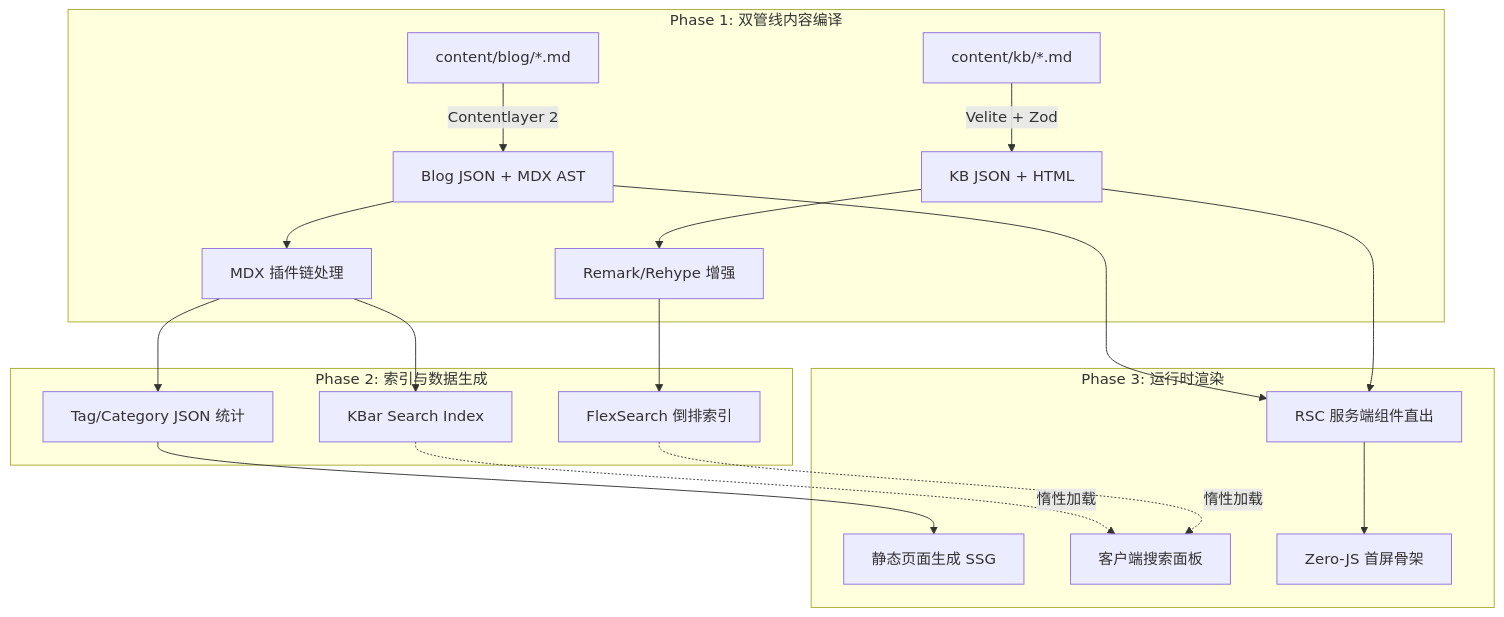
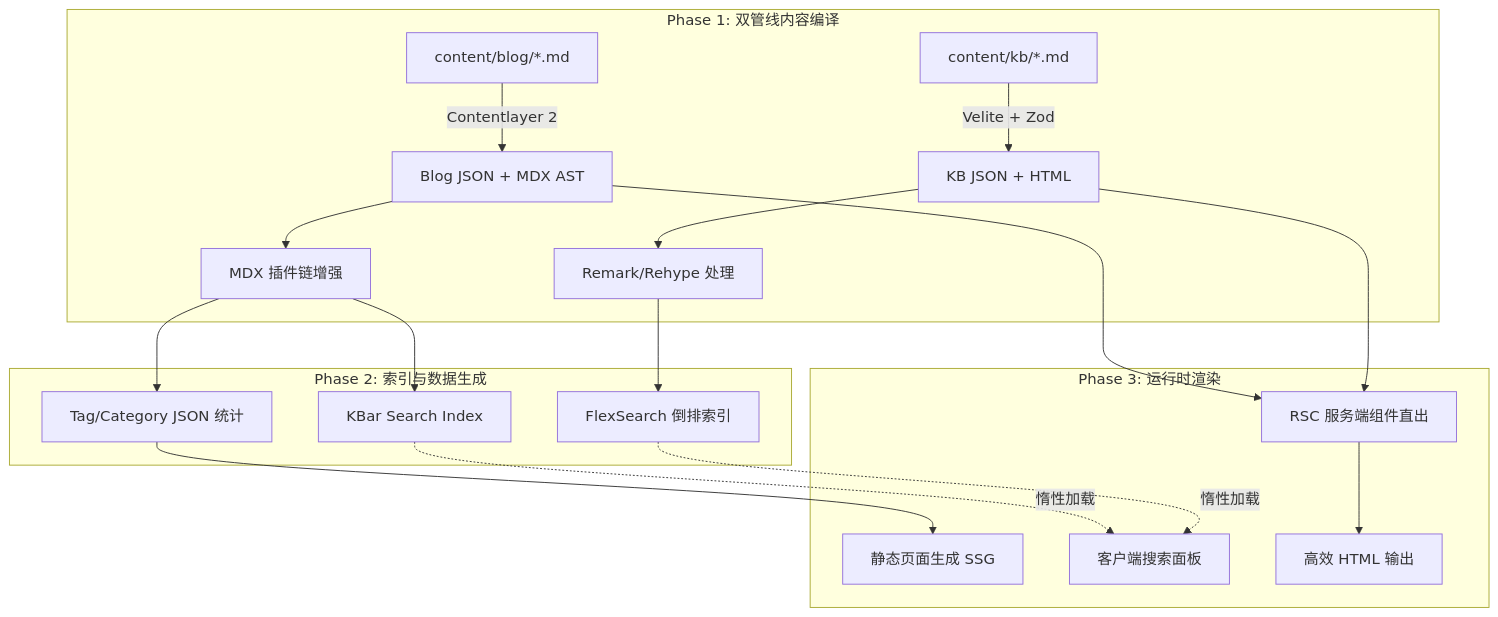
Before and after one commit to Perimsx/coet: the diagram in README.md, drawn with Mermaid. The commit also changed other lines of this file and 4 other files, not shown here.

First line of the commit message:
fix(config): 更新 OG 分享图配置并重构说明文档

````diff
--- a/README.md
+++ b/README.md
@@ -35,24 +38,24 @@
 ```mermaid
 graph TD
     subgraph "Phase 1: 双管线内容编译"
         A[content/blog/*.md] -->|Contentlayer 2| B[Blog JSON + MDX AST]
         C[content/kb/*.md] -->|Velite + Zod| D[KB JSON + HTML]
-        B --> E[MDX 插件链处理]
-        D --> F[Remark/Rehype 增强]
+        B --> E[MDX 插件链增强]
+        D --> F[Remark/Rehype 处理]
     end
 
     subgraph "Phase 2: 索引与数据生成"
         E --> G[Tag/Category JSON 统计]
         E --> H[KBar Search Index]
         F --> I[FlexSearch 倒排索引]
     end
 
     subgraph "Phase 3: 运行时渲染"
         B --> J[RSC 服务端组件直出]
         D --> J
         G --> K[静态页面生成 SSG]
         H -.->|惰性加载| L[客户端搜索面板]
         I -.->|惰性加载| L
-        J --> M[Zero-JS 首屏骨架]
+        J --> M[高效 HTML 输出]
     end
 ```
````
